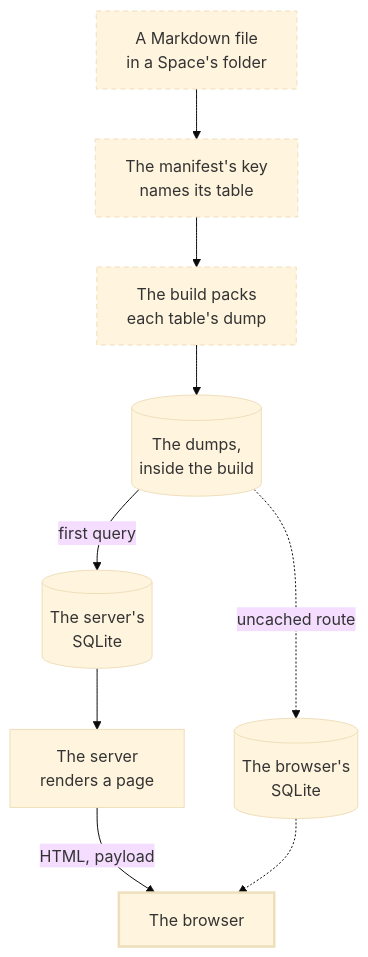
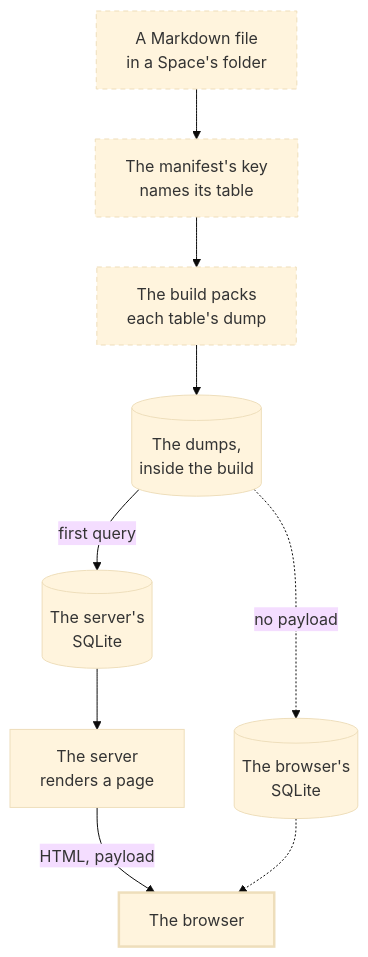
Before and after one commit to feffef/terrarium: the diagram in layers/glassbox/content/guide/pages/walkthroughs/from-file-to-browser.md, drawn with Mermaid (base theme). The commit also changed other lines of this file and 2 other files, not shown here.

First line of the commit message:
glassbox: relabel the browser-database edge in From file to browser

````diff
--- a/layers/glassbox/content/guide/pages/walkthroughs/from-file-to-browser.md
+++ b/layers/glassbox/content/guide/pages/walkthroughs/from-file-to-browser.md
@@ -10,15 +10,15 @@
 ```mermaid
 flowchart TD
   file["A Markdown file<br>in a Space's folder"] --> key["The manifest's key<br>names its table"]
   key --> build["The build packs<br>each table's dump"]
   build --> dump[("The dumps,<br>inside the build")]
   dump -- "first query" --> sdb[("The server's<br>SQLite")]
-  dump -. "uncached route" .-> bdb[("The browser's<br>SQLite")]
+  dump -. "no payload" .-> bdb[("The browser's<br>SQLite")]
   sdb --> server["The server<br>renders a page"]
   server -- "HTML, payload" --> browser["The browser"]
   bdb -.-> browser
   classDef repo stroke-dasharray:5 4
   classDef reader stroke-width:2.5px
   class file,key,build repo
   class browser reader
 ```
````
